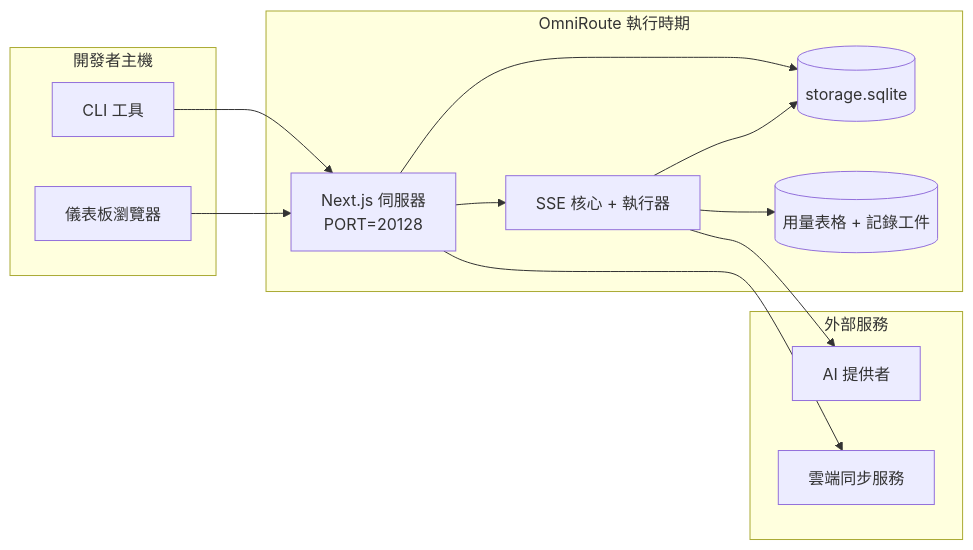
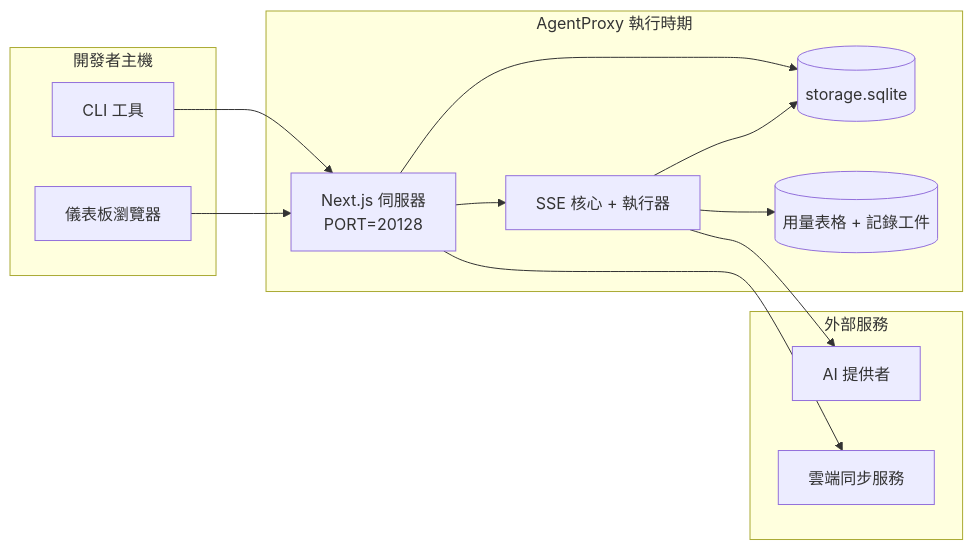
The seventh of 7 diagrams in docs/i18n/zh-TW/docs/architecture/ARCHITECTURE.md (khanhkit/AgentProxy), drawn with Mermaid before and after one commit. The commit also changed other lines of this file and 6043 other files, not shown here.

Commit message:
wip(release): checkpoint AgentProxy identity cleanup

````diff
--- a/docs/i18n/zh-TW/docs/architecture/ARCHITECTURE.md
+++ b/docs/i18n/zh-TW/docs/architecture/ARCHITECTURE.md
@@ -783,28 +783,28 @@
 ```mermaid
 flowchart LR
     subgraph LocalHost[開發者主機]
         CLI[CLI 工具]
         Browser[儀表板瀏覽器]
     end
 
-    subgraph ContainerOrProcess[OmniRoute 執行時期]
+    subgraph ContainerOrProcess[AgentProxy 執行時期]
         Next[Next.js 伺服器\nPORT=20128]
         Core[SSE 核心 + 執行器]
         MainDB[(storage.sqlite)]
         UsageDB[(用量表格 + 記錄工件)]
     end
 
     subgraph External[外部服務]
         Providers[AI 提供者]
         SyncCloud[雲端同步服務]
     end
 
     CLI --> Next
     Browser --> Next
     Next --> Core
     Next --> MainDB
     Core --> MainDB
     Core --> UsageDB
     Core --> Providers
     Next --> SyncCloud
 ```
````
